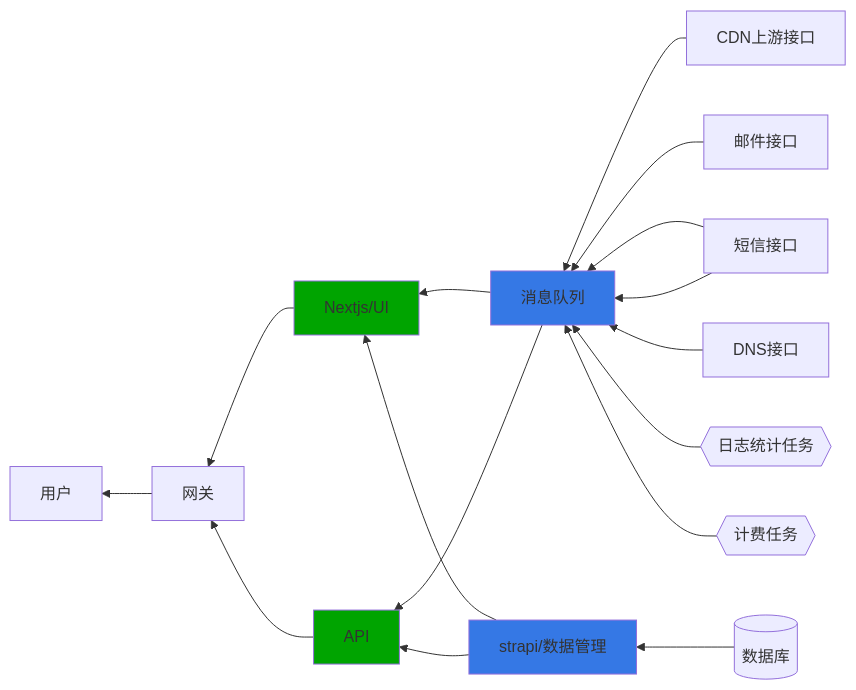
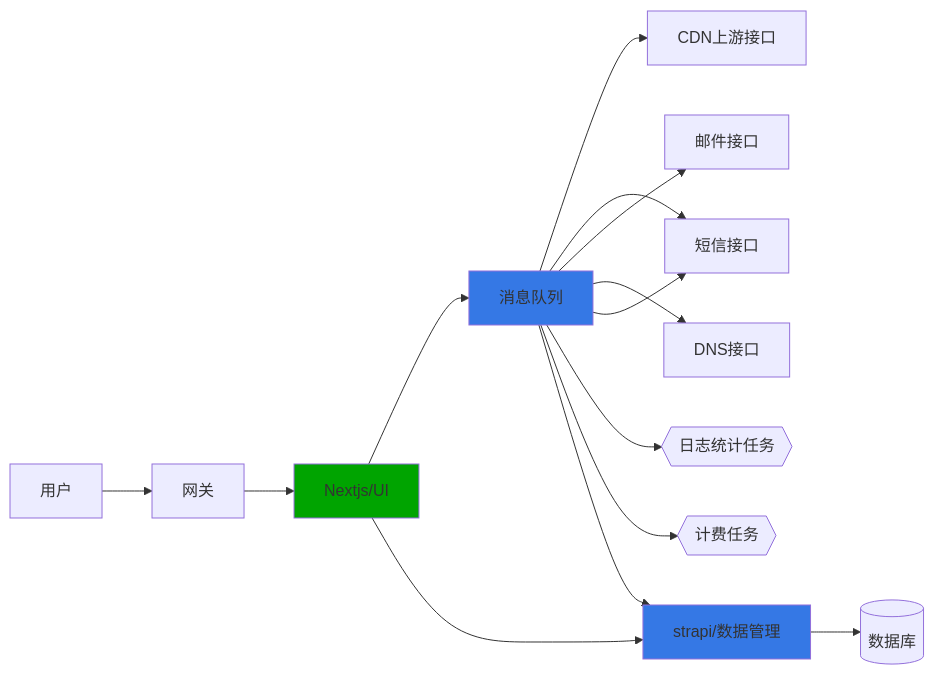
The diagram in docs/index.mdx (quanzhanyun/system-design-docs), drawn with Mermaid before and after one commit. The commit also changed other lines of this file, not shown here.

Commit message:
去掉 api 模块； 消息队列与strapi有调用关系

````diff
--- a/docs/index.mdx
+++ b/docs/index.mdx
@@ -17,21 +14,21 @@
 ```mermaid
-flowchart RL;
+flowchart LR;
     数据库[(数据库)]
     日志统计任务{{日志统计任务}}
     计费任务{{计费任务}}
     style Nextjs/UI fill:#00a400
-    style API fill:#00a400
     style strapi/数据管理 fill:#3578e5
     style 消息队列 fill:#3578e5
-    CDN上游接口-->消息队列;
-    短信接口-->消息队列;
-    邮件接口-->消息队列;
-    DNS接口-->消息队列;
-    短信接口-->消息队列;
-    日志统计任务-->消息队列;
-    计费任务-->消息队列;
-    数据库-->strapi/数据管理;
-    消息队列 & strapi/数据管理-->Nextjs/UI & API;
-    Nextjs/UI & API-->网关;
-    网关-->用户;
+    消息队列-->CDN上游接口;
+    消息队列-->短信接口;
+    消息队列-->邮件接口;
+    消息队列-->DNS接口;
+    消息队列-->短信接口;
+    消息队列-->日志统计任务;
+    消息队列-->计费任务;
+    消息队列-->strapi/数据管理;
+    strapi/数据管理-->数据库;
+    Nextjs/UI-->消息队列 & strapi/数据管理;
+    网关-->Nextjs/UI;
+    用户-->网关;
 ```
````
